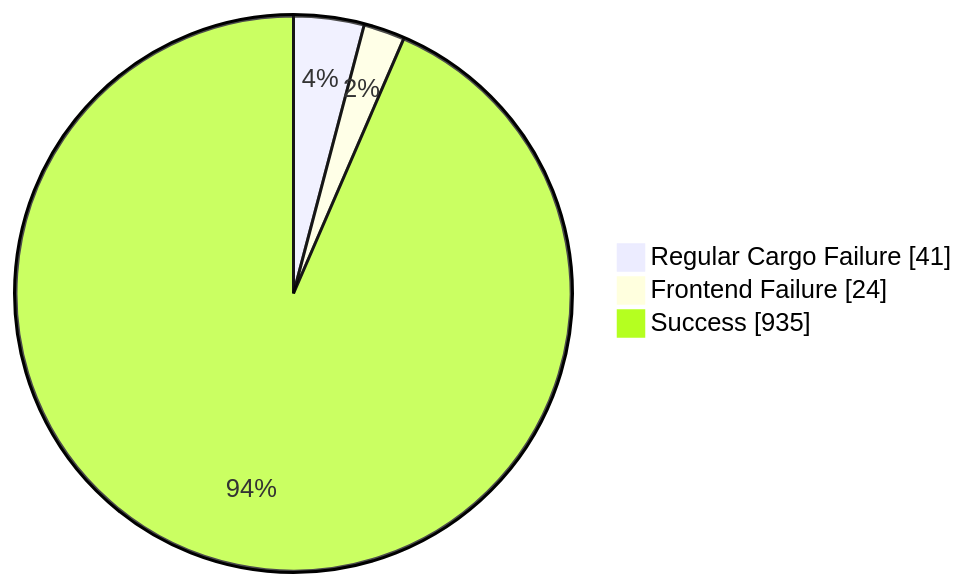
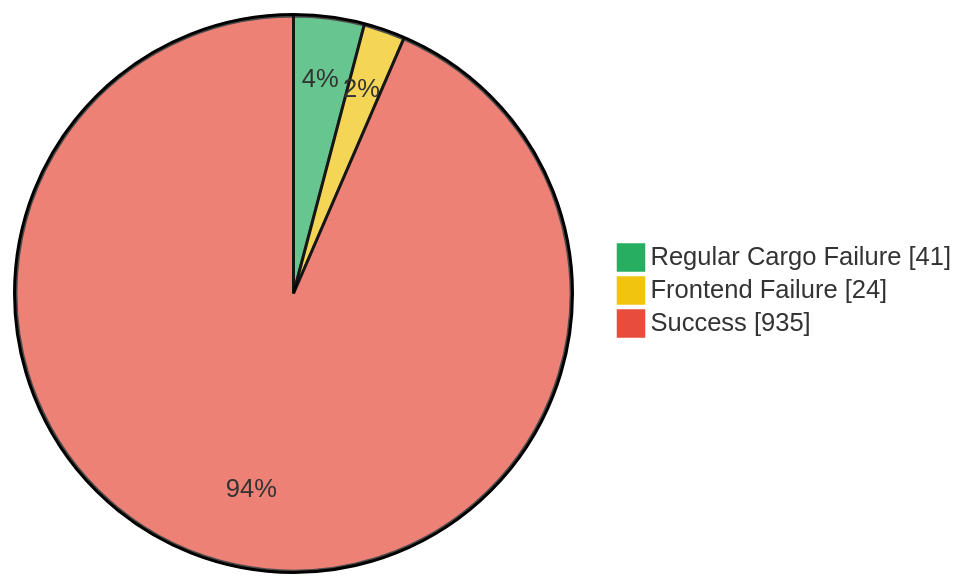
One commit to ssyram/hax-dev changed the first of 2 diagrams in docs/frontend/evaluation.md. Above: the diagram before and after it, drawn with Mermaid.

````diff
--- a/docs/frontend/evaluation.md
+++ b/docs/frontend/evaluation.md
@@ -56,6 +56,7 @@
 ```mermaid
+%%{init: {'theme': 'base', 'themeVariables': { 'pie1': '#27ae60', 'pie2': '#f1c40f', 'pie3': '#e74c3c'}}}%%
 pie showData
     "Regular Cargo Failure" : 41
     "Frontend Failure" : 24
     "Success" : 935
 ```
````
